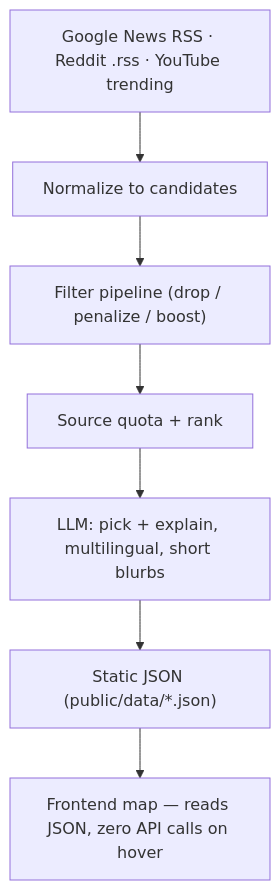
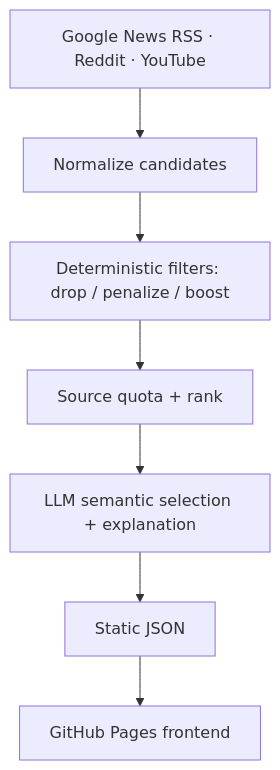
Before and after one commit to BartonHou/world_news: the diagram in README.md, drawn with Mermaid. The commit also changed other lines of this file, not shown here.

Commit message:
docs: tighten project framing and architecture

````diff
--- a/README.md
+++ b/README.md
@@ -74,9 +24,9 @@
 ```mermaid
 flowchart TD
-    A["Google News RSS · Reddit .rss · YouTube trending"] --> B[Normalize to candidates]
-    B --> C["Filter pipeline (drop / penalize / boost)"]
+    A["Google News RSS · Reddit · YouTube"] --> B[Normalize candidates]
+    B --> C["Deterministic filters: drop / penalize / boost"]
     C --> D[Source quota + rank]
-    D --> E["LLM: pick + explain, multilingual, short blurbs"]
-    E --> F["Static JSON (public/data/*.json)"]
-    F --> G["Frontend map — reads JSON, zero API calls on hover"]
+    D --> E["LLM semantic selection + explanation"]
+    E --> F["Static JSON"]
+    F --> G["GitHub Pages frontend"]
 ```
````
